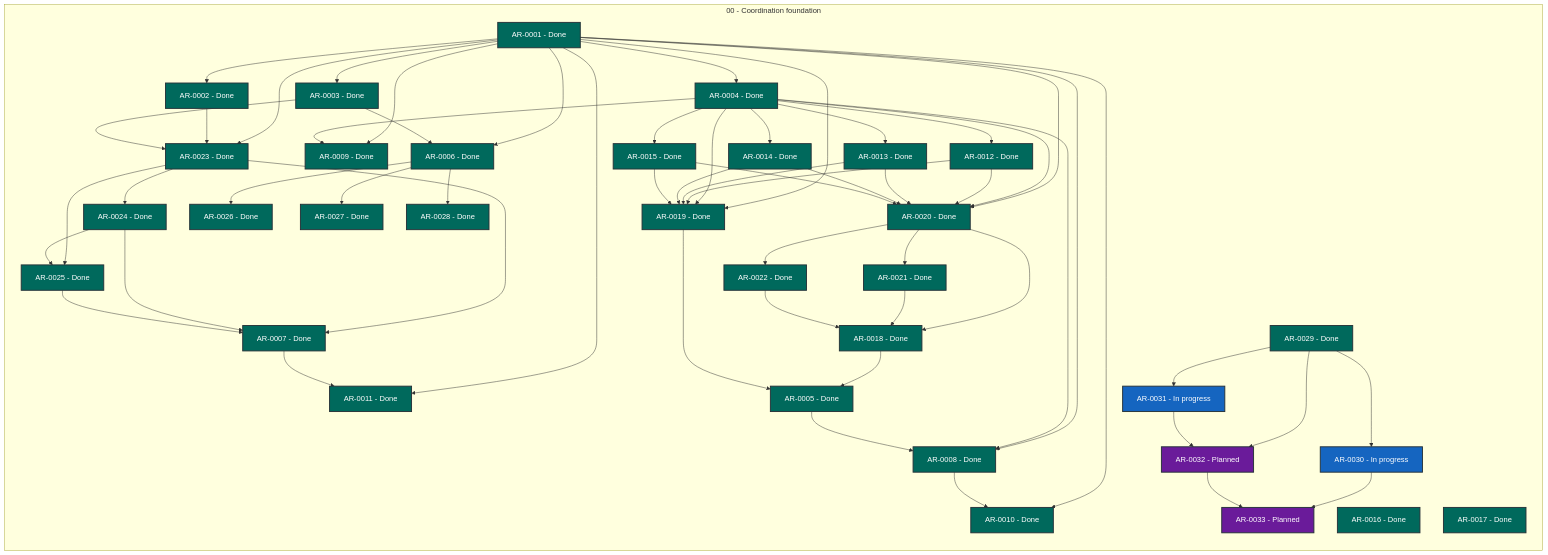
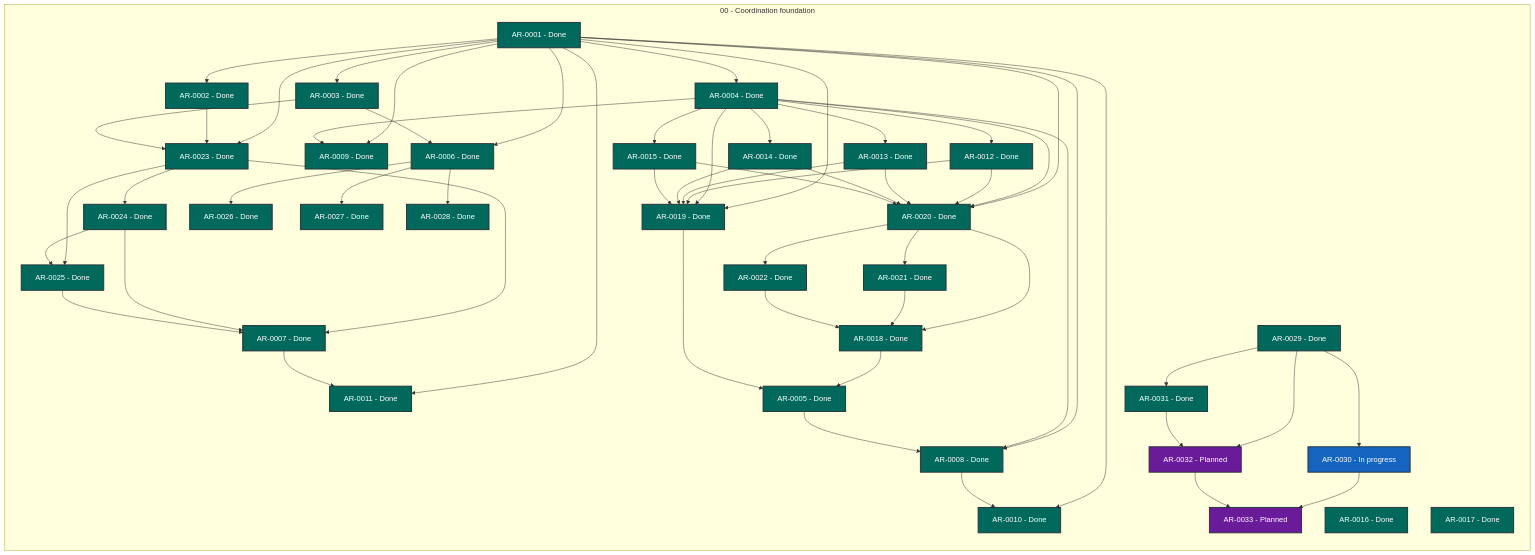
Before and after one commit to martin-beck/agent-workflow-quality-state: the diagram in STATUS.md, drawn with Mermaid. The commit also changed other lines of this file and 2 other files, not shown here.

```diff
--- a/STATUS.md
+++ b/STATUS.md
@@ -58,7 +58,7 @@
         AR_0028["AR-0028 - Done"]:::status_done
         AR_0029["AR-0029 - Done"]:::status_done
         AR_0030["AR-0030 - In progress"]:::status_in_progress
-        AR_0031["AR-0031 - In progress"]:::status_in_progress
+        AR_0031["AR-0031 - Done"]:::status_done
         AR_0032["AR-0032 - Planned"]:::status_planned
         AR_0033["AR-0033 - Planned"]:::status_planned
     end
```
